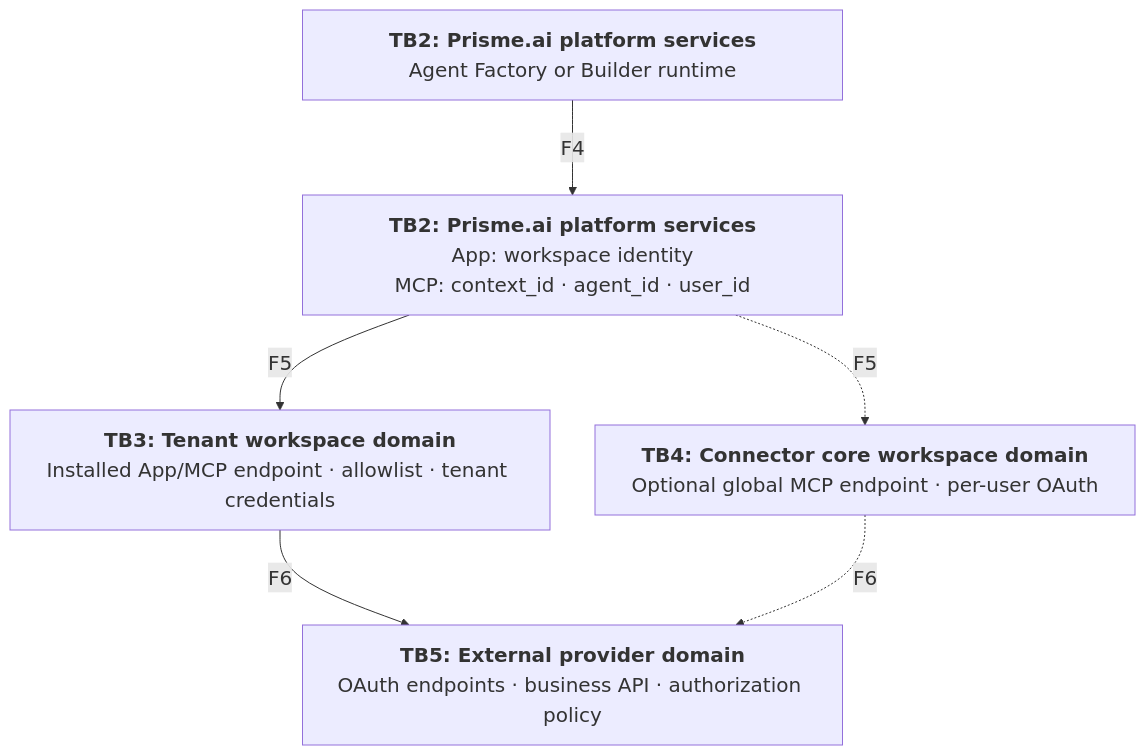
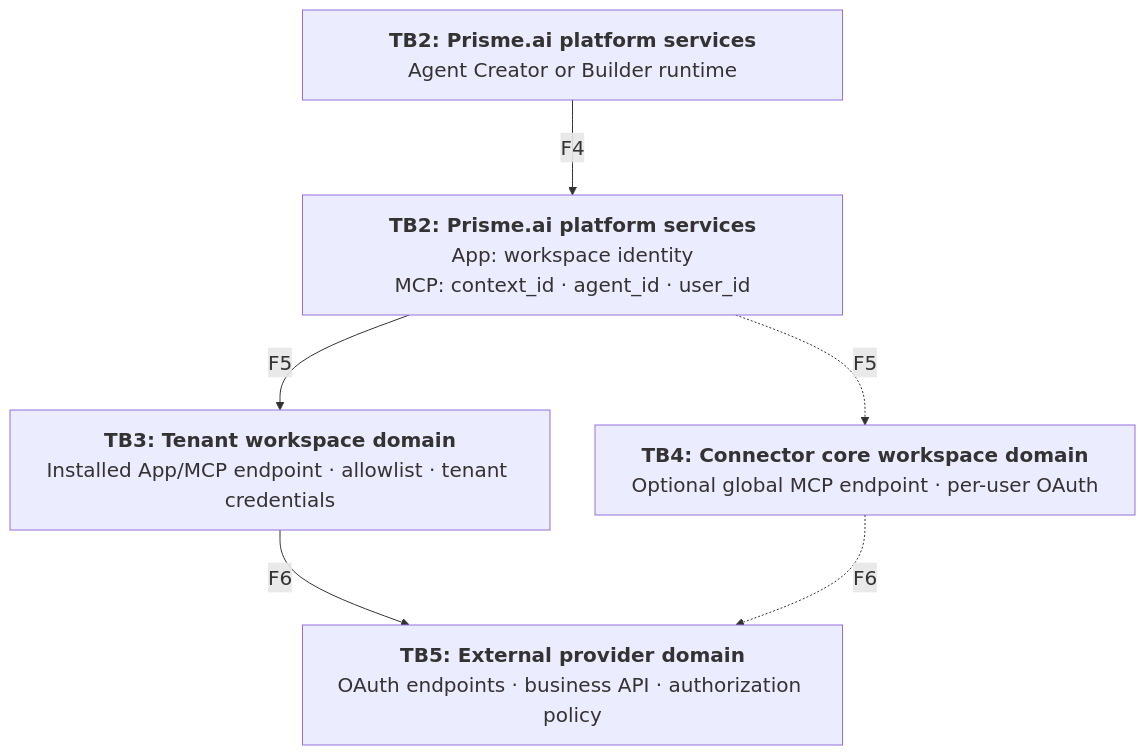
One commit to prismeai/docs changed the second of 4 diagrams in apps-store/marketplace/connectors/architecture.mdx. Above: the diagram before and after it, drawn with Mermaid. The commit also changed other lines of this file and 148 other files, not shown here.

````diff
--- a/apps-store/marketplace/connectors/architecture.mdx
+++ b/apps-store/marketplace/connectors/architecture.mdx
@@ -49,15 +49,15 @@
 ```mermaid
 %%{init: {"themeVariables": {"fontSize": "20px"}, "flowchart": {"nodeSpacing": 45, "rankSpacing": 65, "wrappingWidth": 480}}}%%
 flowchart TB
-  Caller["<span style='display:inline-block;width:480px'><b>TB2: Prisme.ai platform services</b><br/>Agent Factory or Builder runtime</span>"]
+  Caller["<span style='display:inline-block;width:480px'><b>TB2: Prisme.ai platform services</b><br/>Agent Creator or Builder runtime</span>"]
   Context["<span style='display:inline-block;width:480px'><b>TB2: Prisme.ai platform services</b><br/>App: workspace identity<br/>MCP: context_id · agent_id · user_id</span>"]
   Tenant["<span style='display:inline-block;width:480px'><b>TB3: Tenant workspace domain</b><br/>Installed App/MCP endpoint · allowlist · tenant credentials</span>"]
   Core["<span style='display:inline-block;width:480px'><b>TB4: Connector core workspace domain</b><br/>Optional global MCP endpoint · per-user OAuth</span>"]
   Provider["<span style='display:inline-block;width:480px'><b>TB5: External provider domain</b><br/>OAuth endpoints · business API · authorization policy</span>"]
 
   Caller -->|"F4"| Context
   Context -->|"F5"| Tenant
   Context -.->|"F5"| Core
   Tenant -->|"F6"| Provider
   Core -.->|"F6"| Provider
 ```
````
